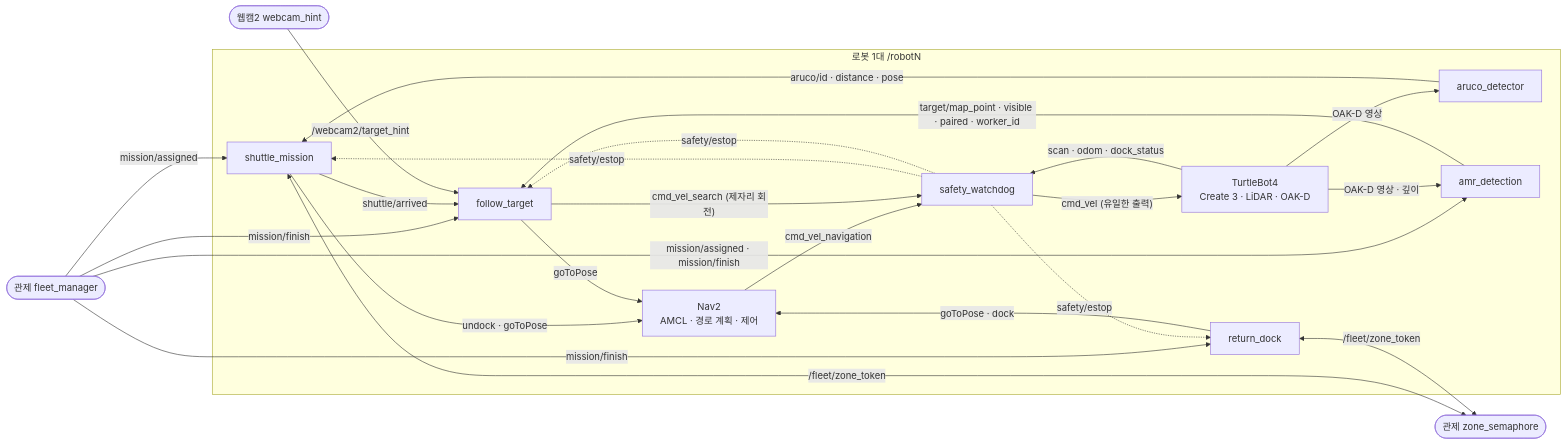
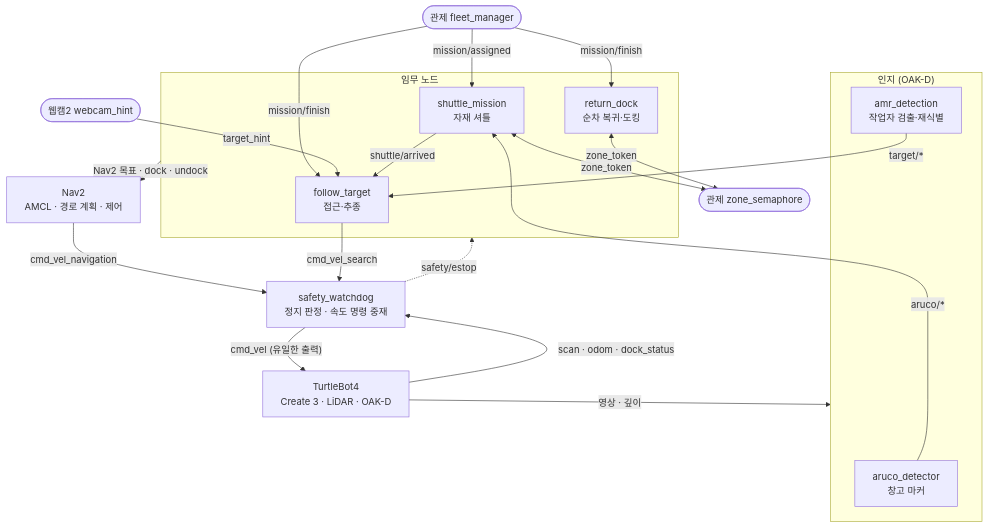
One commit to sskywalker1209-prog/turtlebot4-multi-amr-worker-support changed the second of 2 diagrams in README.md. Above: the diagram before and after it, drawn with Mermaid. The commit also changed other lines of this file, not shown here.

Commit message:
docs: lay the in-robot data flow diagram out top-to-bottom
The left-to-right version rendered too wide to read on GitHub. Group the
perception and mission nodes and note the abbreviated topic names below
the launch line.

````diff
--- a/README.md
+++ b/README.md
@@ -139,38 +139,34 @@
 ```mermaid
-flowchart LR
+flowchart TB
     FM(["관제 fleet_manager"])
+    WH(["웹캠2 webcam_hint"])
     ZS(["관제 zone_semaphore"])
-    WH(["웹캠2 webcam_hint"])
-    subgraph ROBOT["로봇 1대 /robotN"]
-        AR["aruco_detector"]
-        AD["amr_detection"]
-        SM["shuttle_mission"]
-        FT["follow_target"]
-        RD["return_dock"]
-        SW["safety_watchdog"]
-        N2["Nav2<br/>AMCL · 경로 계획 · 제어"]
-        TB["TurtleBot4<br/>Create 3 · LiDAR · OAK-D"]
+    subgraph PER["인지 (OAK-D)"]
+        AR["aruco_detector<br/>창고 마커"]
+        AD["amr_detection<br/>작업자 검출·재식별"]
     end
+    subgraph MIS["임무 노드"]
+        SM["shuttle_mission<br/>자재 셔틀"]
+        FT["follow_target<br/>접근·추종"]
+        RD["return_dock<br/>순차 복귀·도킹"]
+    end
+    N2["Nav2<br/>AMCL · 경로 계획 · 제어"]
+    SW["safety_watchdog<br/>정지 판정 · 속도 명령 중재"]
+    TB["TurtleBot4<br/>Create 3 · LiDAR · OAK-D"]
     FM -->|"mission/assigned"| SM
-    FM -->|"mission/assigned · mission/finish"| AD
     FM -->|"mission/finish"| FT
     FM -->|"mission/finish"| RD
-    TB -->|"OAK-D 영상"| AR
-    TB -->|"OAK-D 영상 · 깊이"| AD
-    AR -->|"aruco/id · distance · pose"| SM
+    TB -->|"영상 · 깊이"| PER
+    AR -->|"aruco/*"| SM
+    AD -->|"target/*"| FT
+    WH -->|"target_hint"| FT
     SM -->|"shuttle/arrived"| FT
-    AD -->|"target/map_point · visible · paired · worker_id"| FT
-    WH -->|"/webcam2/target_hint"| FT
-    SM <-->|"/fleet/zone_token"| ZS
-    RD <-->|"/fleet/zone_token"| ZS
-    SM -->|"undock · goToPose"| N2
-    FT -->|"goToPose"| N2
-    RD -->|"goToPose · dock"| N2
+    SM <-->|"zone_token"| ZS
+    RD <-->|"zone_token"| ZS
+    MIS -->|"Nav2 목표 · dock · undock"| N2
+    N2 -->|"cmd_vel_navigation"| SW
+    FT -->|"cmd_vel_search"| SW
+    SW -->|"cmd_vel (유일한 출력)"| TB
     TB -->|"scan · odom · dock_status"| SW
-    N2 -->|"cmd_vel_navigation"| SW
-    FT -->|"cmd_vel_search (제자리 회전)"| SW
-    SW -->|"cmd_vel (유일한 출력)"| TB
-    SW -.->|"safety/estop"| SM
-    SW -.->|"safety/estop"| FT
-    SW -.->|"safety/estop"| RD
+    SW -.->|"safety/estop"| MIS
 ```
````
